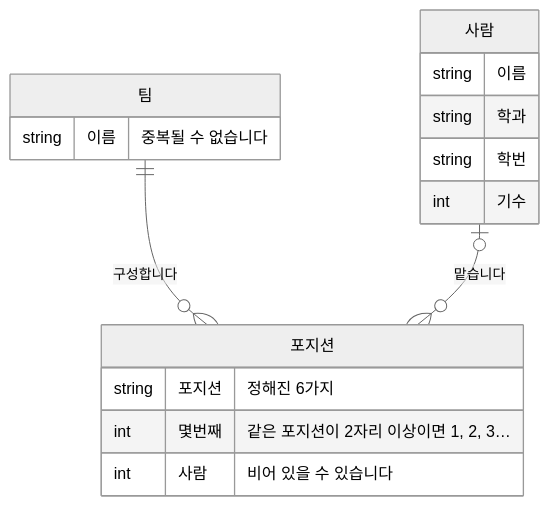
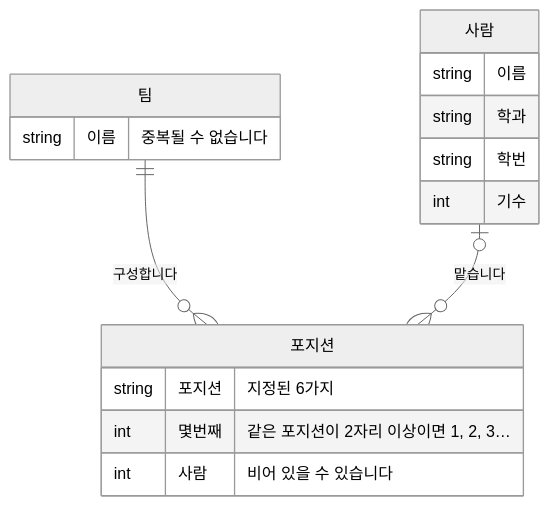
The diagram in .cluedoc/teams/teams.md (minkong-dev/Banblit), drawn with Mermaid (neutral theme) before and after one commit. The commit also changed other lines of this file and 21 other files, not shown here.

````diff
--- a/.cluedoc/teams/teams.md
+++ b/.cluedoc/teams/teams.md
@@ -21,19 +20,19 @@
 ```mermaid
 erDiagram
     팀 ||--o{ 포지션 : "구성합니다"
     사람 |o--o{ 포지션 : "맡습니다"
     팀 {
         string 이름 "중복될 수 없습니다"
     }
     포지션 {
-        string 포지션 "정해진 6가지"
+        string 포지션 "지정된 6가지"
         int 몇번째 "같은 포지션이 2자리 이상이면 1, 2, 3…"
         int 사람 "비어 있을 수 있습니다"
     }
     사람 {
         string 이름
         string 학과
         string 학번
         int 기수
     }
 ```
````
